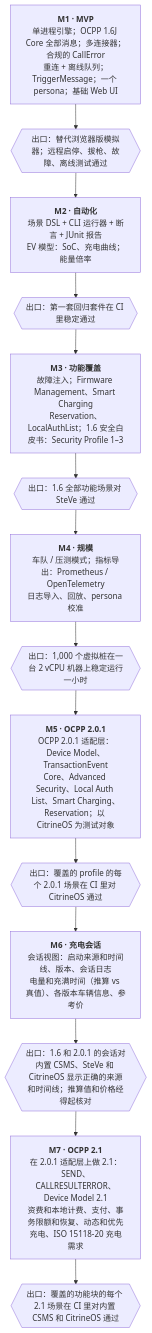
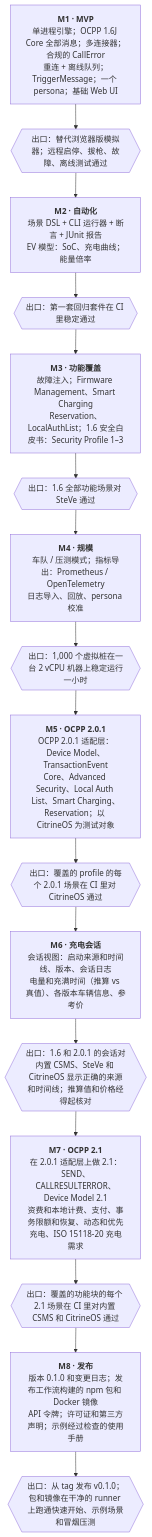
The second of 2 diagrams in docs/design.zh-CN.md (JasonKong/ocpp-mimic), drawn with Mermaid before and after one commit. The commit also changed other lines of this file and 6 other files, not shown here.

````diff
--- a/docs/design.zh-CN.md
+++ b/docs/design.zh-CN.md
@@ -1701,18 +1780,20 @@
 ```mermaid
 flowchart TB
   M1["<b>M1 · MVP</b><br/>单进程引擎；OCPP 1.6J Core 全部消息；多连接器；合规的 CallError<br/>重连 + 离线队列；TriggerMessage；一个 persona；基础 Web UI"]
   G1{{"出口：替代浏览器版模拟器；远程启停、拔枪、故障、离线测试通过"}}
   M2["<b>M2 · 自动化</b><br/>场景 DSL + CLI 运行器 + 断言 + JUnit 报告<br/>EV 模型：SoC、充电曲线；能量倍率"]
   G2{{"出口：第一套回归套件在 CI 里稳定通过"}}
   M3["<b>M3 · 功能覆盖</b><br/>故障注入；Firmware Management、Smart Charging<br/>Reservation、LocalAuthList；1.6 安全白皮书：Security Profile 1–3"]
   G3{{"出口：1.6 全部功能场景对 SteVe 通过"}}
   M4["<b>M4 · 规模</b><br/>车队 / 压测模式；指标导出：Prometheus / OpenTelemetry<br/>日志导入、回放、persona 校准"]
   G4{{"出口：1,000 个虚拟桩在一台 2 vCPU 机器上稳定运行一小时"}}
   M5["<b>M5 · OCPP 2.0.1</b><br/>OCPP 2.0.1 适配层：Device Model、TransactionEvent<br/>Core、Advanced Security、Local Auth List、Smart Charging、Reservation；以 CitrineOS 为测试对象"]
   G5{{"出口：覆盖的 profile 的每个 2.0.1 场景在 CI 里对 CitrineOS 通过"}}
   M6["<b>M6 · 充电会话</b><br/>会话视图：启动来源和时间线、版本、会话日志<br/>电量和充满时间（推算 vs 真值）、各版本车辆信息、参考价"]
   G6{{"出口：1.6 和 2.0.1 的会话对内置 CSMS、SteVe 和 CitrineOS 显示正确的来源和时间线；推算值和价格经得起核对"}}
   M7["<b>M7 · OCPP 2.1</b><br/>在 2.0.1 适配层上做 2.1：SEND、CALLRESULTERROR、Device Model 2.1<br/>资费和本地计费、支付、事务限额和恢复、动态和优先充电、ISO 15118-20 充电需求"]
   G7{{"出口：覆盖的功能块的每个 2.1 场景在 CI 里对内置 CSMS 和 CitrineOS 通过"}}
-  M1 --> G1 --> M2 --> G2 --> M3 --> G3 --> M4 --> G4 --> M5 --> G5 --> M6 --> G6 --> M7 --> G7
+  M8["<b>M8 · 发布</b><br/>版本 0.1.0 和变更日志；发布工作流构建的 npm 包和 Docker 镜像<br/>API 令牌；许可证和第三方声明；示例经过检查的使用手册"]
+  G8{{"出口：从 tag 发布 v0.1.0；包和镜像在干净的 runner 上跑通快速开始、示例场景和冒烟压测"}}
+  M1 --> G1 --> M2 --> G2 --> M3 --> G3 --> M4 --> G4 --> M5 --> G5 --> M6 --> G6 --> M7 --> G7 --> M8 --> G8
 ```
````
